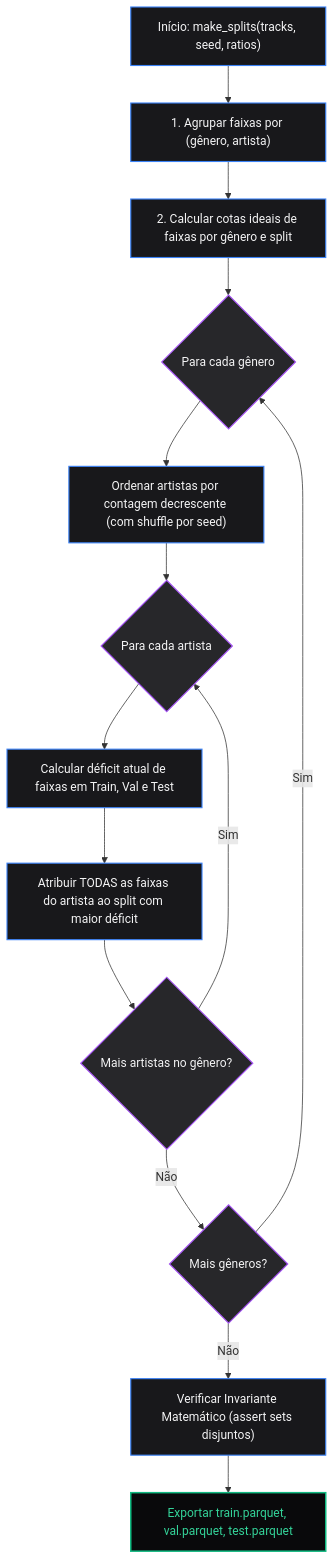
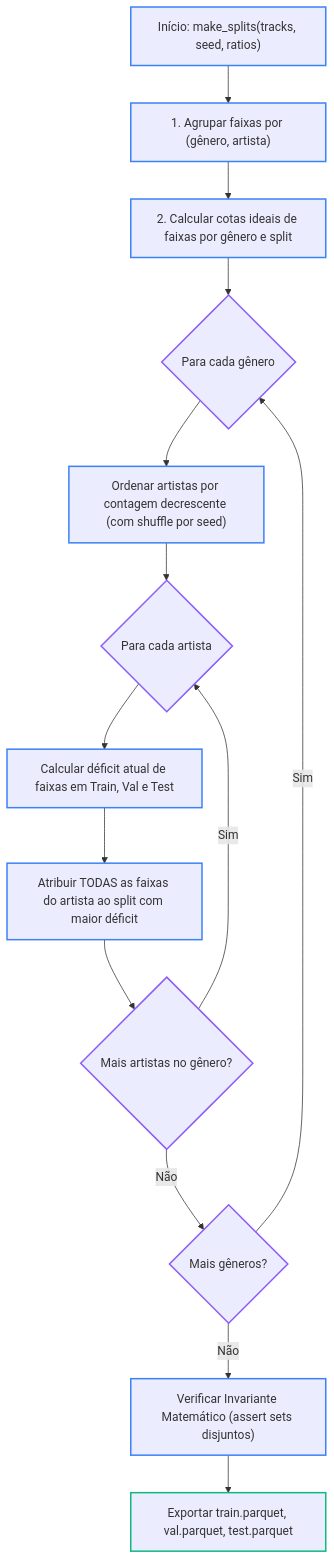
One commit to Oseiasdfarias/youfy changed the second of 2 diagrams in docs/mlops-e-testes/invariantes.md. Above: the diagram before and after it, drawn with Mermaid. The commit also changed other lines of this file and 7 other files, not shown here.

Commit message:
style(docs): compatibilidade completa dos diagramas mermaid com tema claro e escuro

````diff
--- a/docs/mlops-e-testes/invariantes.md
+++ b/docs/mlops-e-testes/invariantes.md
@@ -64,23 +66,23 @@
 ```mermaid
 flowchart TD
     Start["Início: make_splits(tracks, seed, ratios)"] --> Group["1. Agrupar faixas por (gênero, artista)"]
     Group --> Quotas["2. Calcular cotas ideais de faixas por gênero e split"]
     Quotas --> LoopGenre{"Para cada gênero"}
     LoopGenre --> SortArtists["Ordenar artistas por contagem decrescente (com shuffle por seed)"]
     SortArtists --> LoopArtist{"Para cada artista"}
     LoopArtist --> CalcDeficit["Calcular déficit atual de faixas em Train, Val e Test"]
     CalcDeficit --> Assign["Atribuir TODAS as faixas do artista ao split com maior déficit"]
     Assign --> CheckArtist{"Mais artistas no gênero?"}
     CheckArtist -- Sim --> LoopArtist
     CheckArtist -- Não --> CheckGenre{"Mais gêneros?"}
     CheckGenre -- Sim --> LoopGenre
     CheckGenre -- Não --> AssertCheck["Verificar Invariante Matemático (assert sets disjuntos)"]
     AssertCheck --> Export["Exportar train.parquet, val.parquet, test.parquet"]
 
-    classDef proc fill:#18181b,stroke:#3b82f6,stroke-width:1.5px,color:#f4f4f5;
-    classDef cond fill:#27272a,stroke:#a855f7,stroke-width:1.5px,color:#f4f4f5;
-    classDef out fill:#09090b,stroke:#10b981,stroke-width:2px,color:#34d399;
+    classDef proc stroke:#3b82f6,stroke-width:2px;
+    classDef cond stroke:#8b5cf6,stroke-width:2px;
+    classDef out stroke:#10b981,stroke-width:2px;
     class Start,Group,Quotas,SortArtists,CalcDeficit,Assign,AssertCheck proc;
     class LoopGenre,LoopArtist,CheckArtist,CheckGenre cond;
     class Export out;
 ```
````
